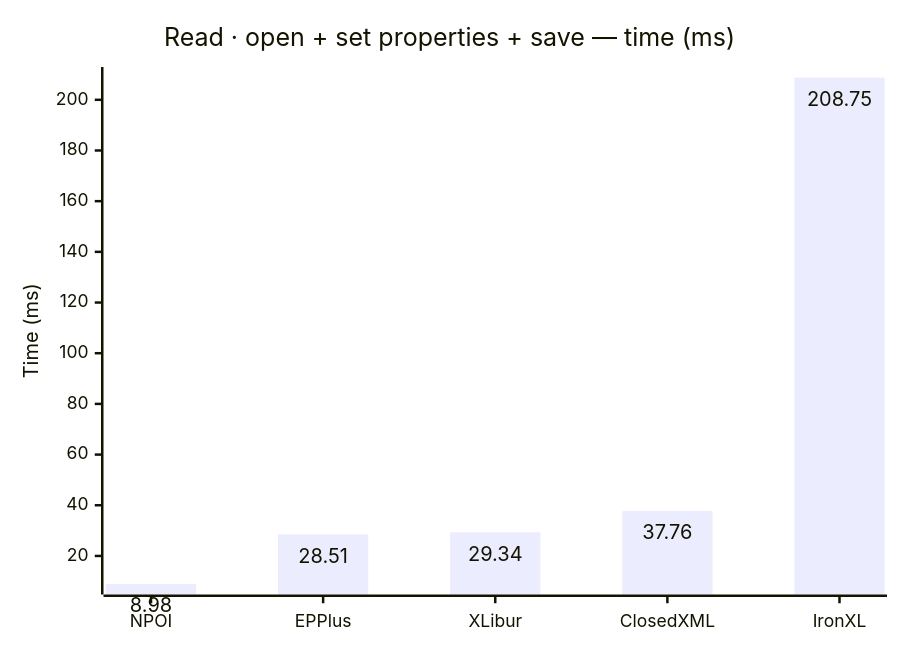
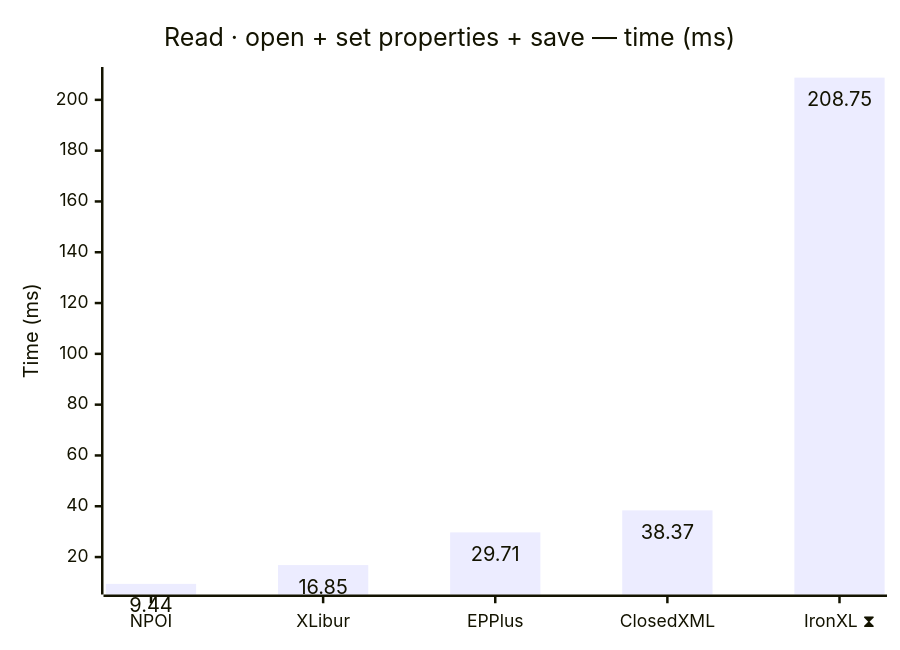
One commit to jafin/XLBench changed the first of 12 diagrams in docs/results.md. Above: the diagram before and after it, drawn with Mermaid. The commit also changed other lines of this file and 3 other files, not shown here.

````diff
--- a/docs/results.md
+++ b/docs/results.md
@@ -35,12 +39,12 @@
 ```mermaid
 ---
 config:
   xyChart:
     showDataLabel: true
 ---
 xychart-beta
     title "Read · open + set properties + save — time (ms)"
-    x-axis ["NPOI", "EPPlus", "XLibur", "ClosedXML", "IronXL"]
+    x-axis ["NPOI", "XLibur", "EPPlus", "ClosedXML", "IronXL ⧗"]
     y-axis "Time (ms)"
-    bar [8.98, 28.51, 29.34, 37.76, 208.75]
+    bar [9.44, 16.85, 29.71, 38.37, 208.75]
 ```
````
